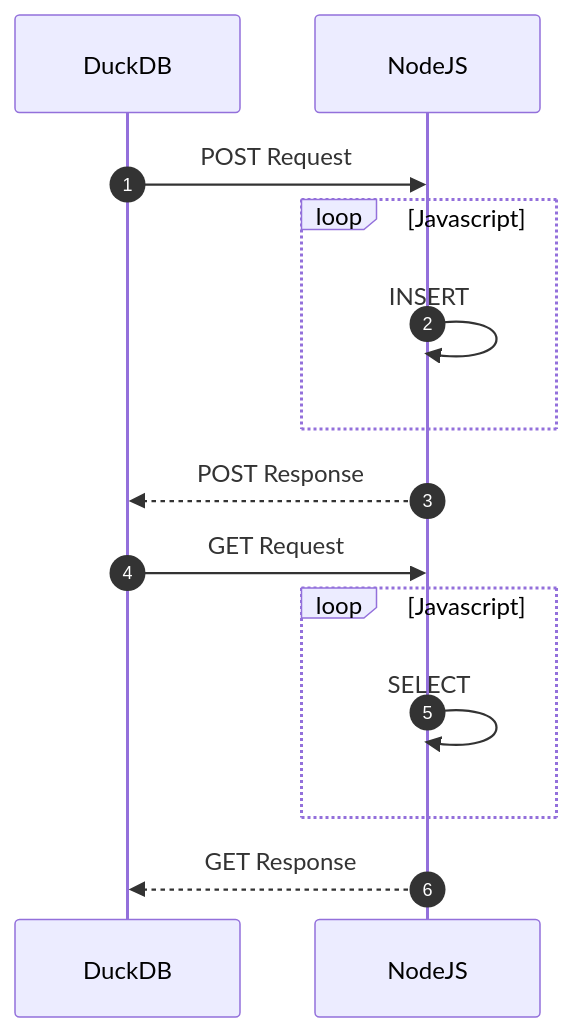
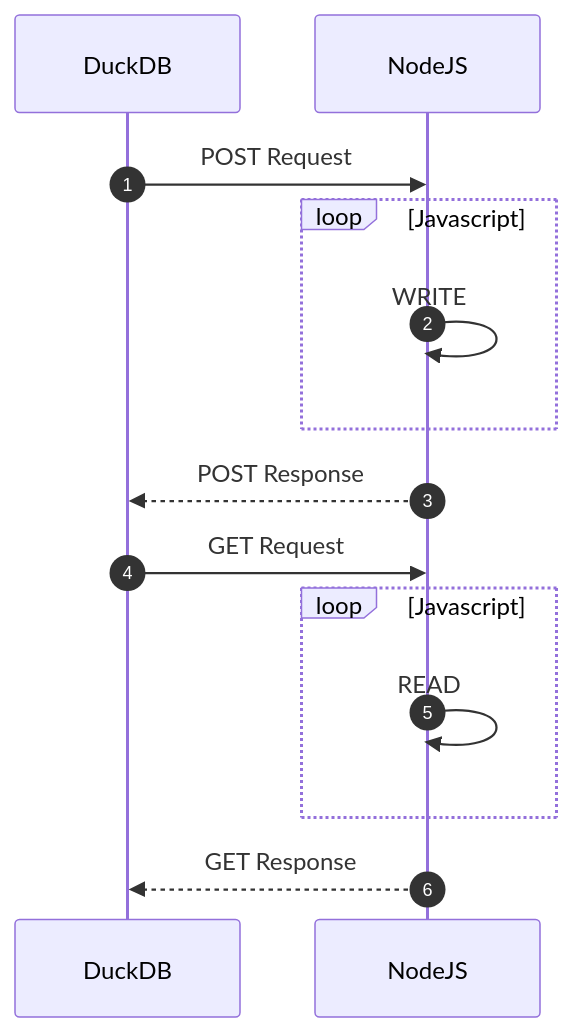
Before and after one commit to metrico/urlengine: the diagram in README.md, drawn with Mermaid. The commit also changed other lines of this file, not shown here.

````diff
--- a/README.md
+++ b/README.md
@@ -9,14 +8,14 @@
 ```mermaid
 sequenceDiagram
     autonumber
     DuckDB->>NodeJS: POST Request
     loop Javascript
-        NodeJS->>NodeJS: INSERT
+        NodeJS->>NodeJS: WRITE
     end
     NodeJS-->>DuckDB: POST Response
     DuckDB->>NodeJS: GET Request
     loop Javascript
-        NodeJS->>NodeJS: SELECT
+        NodeJS->>NodeJS: READ
     end
     NodeJS-->>DuckDB: GET Response
 ```
````
